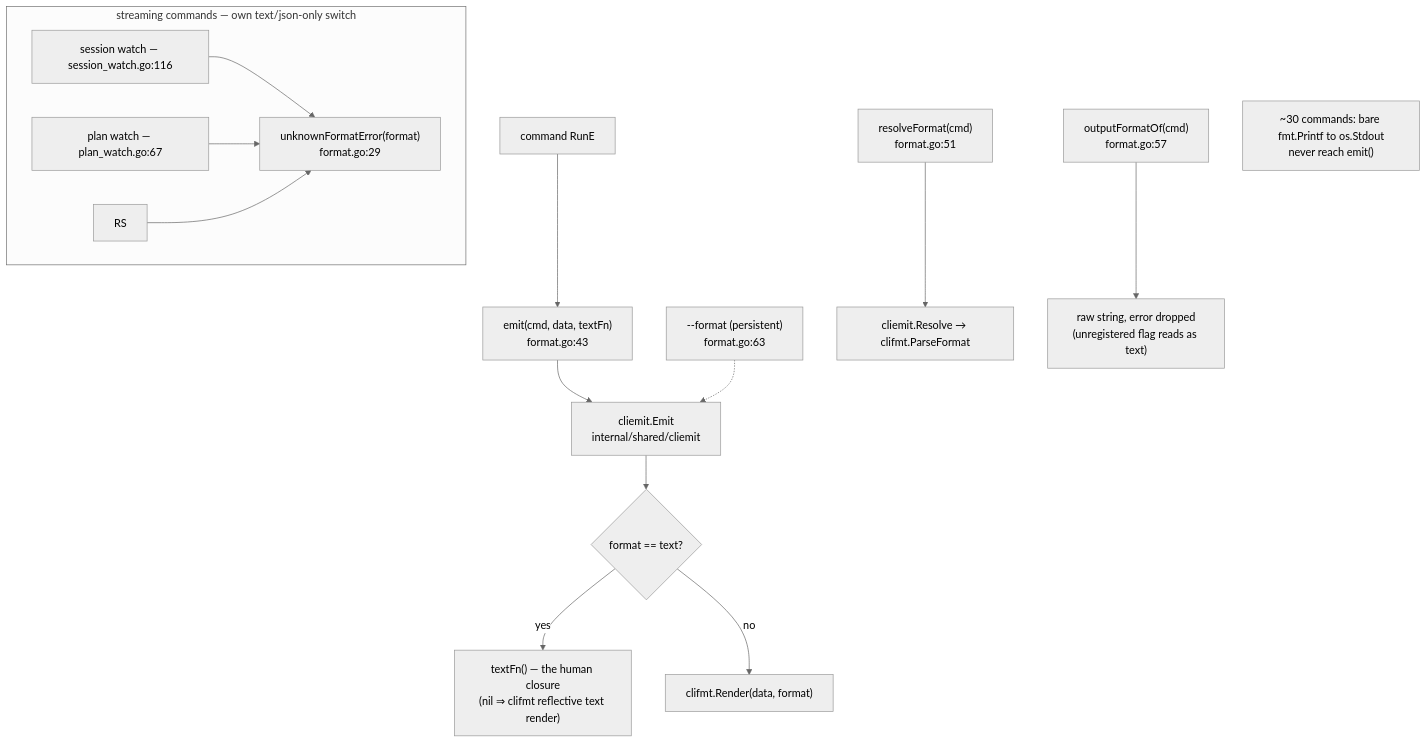
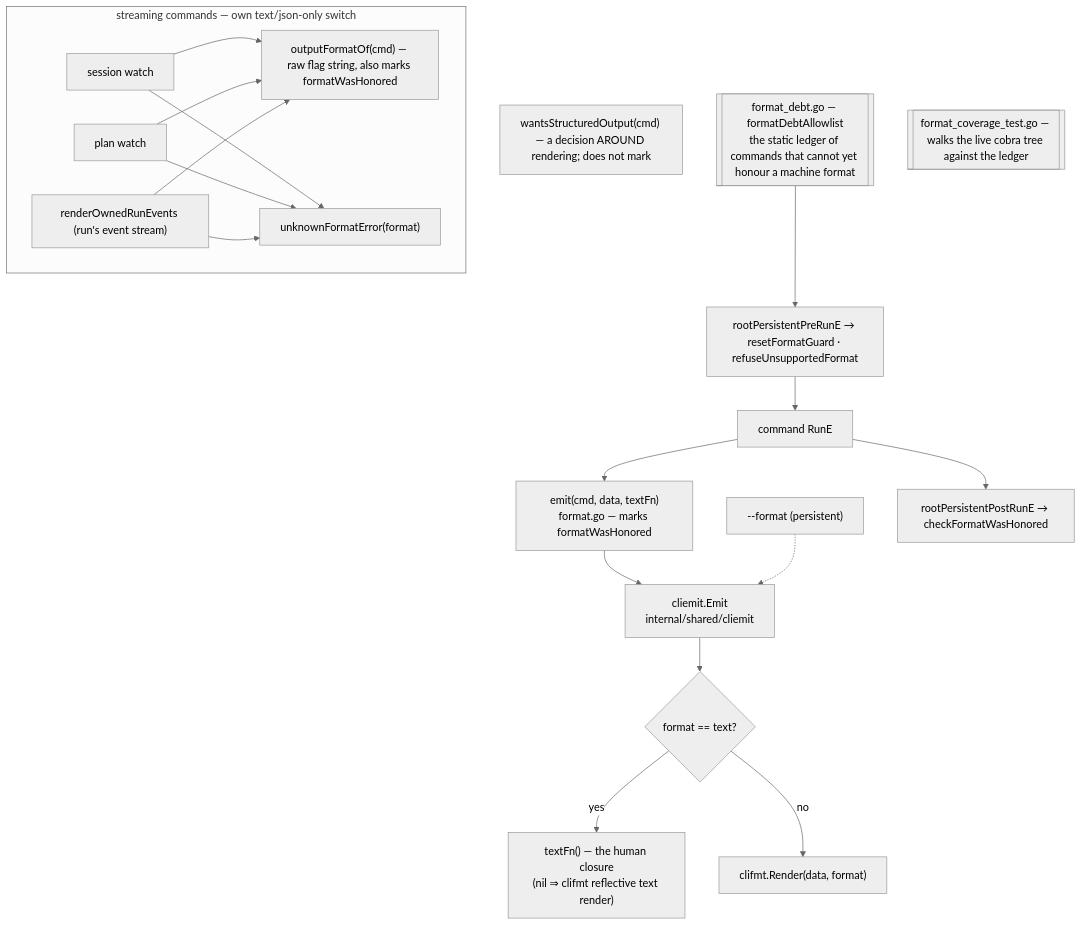
One commit to ctxloom/ctxloom changed the diagram in docs/architecture/cli/output-and-format.md. Above: the diagram before and after it, drawn with Mermaid (neutral theme). The commit also changed other lines of this file, not shown here.

First line of the commit message:
docs(architecture): output-and-format drops its file:line censuses

````diff
--- a/docs/architecture/cli/output-and-format.md
+++ b/docs/architecture/cli/output-and-format.md
@@ -14,24 +15,28 @@
 ```mermaid
 flowchart TD
-    FLAG["--format (persistent)<br/>format.go:63"]
-    RUNE["command RunE"] --> EMIT["emit(cmd, data, textFn)<br/>format.go:43"]
+    FLAG["--format (persistent)"]
+    PRE["rootPersistentPreRunE → resetFormatGuard · refuseUnsupportedFormat"]
+    PRE --> RUNE["command RunE"] --> EMIT["emit(cmd, data, textFn)<br/>format.go — marks formatWasHonored"]
     EMIT --> CE["cliemit.Emit<br/>internal/shared/cliemit"]
     CE --> Q{"format == text?"}
     Q -->|yes| TXT["textFn() — the human closure<br/>(nil ⇒ clifmt reflective text render)"]
     Q -->|no| REN["clifmt.Render(data, format)"]
     FLAG -.-> CE
+    RUNE --> POST["rootPersistentPostRunE → checkFormatWasHonored"]
 
-    RF["resolveFormat(cmd)<br/>format.go:51"] --> CR["cliemit.Resolve → clifmt.ParseFormat"]
-    OF["outputFormatOf(cmd)<br/>format.go:57"] --> RAW["raw string, error dropped<br/>(unregistered flag reads as text)"]
+    OF["outputFormatOf(cmd) — raw flag string, also marks formatWasHonored"]
+    WSO["wantsStructuredOutput(cmd) — a decision AROUND rendering; does not mark"]
 
     subgraph streaming["streaming commands — own text/json-only switch"]
-        SW["session watch — session_watch.go:116"]
-        PW["plan watch — plan_watch.go:67"]
-        UFE["unknownFormatError(format)<br/>format.go:29"]
-        SW --> UFE
-        PW --> UFE
-        RS --> UFE
+        SW["session watch"]
+        PW["plan watch"]
+        RO["renderOwnedRunEvents (run's event stream)"]
+        UFE["unknownFormatError(format)"]
+        SW & PW & RO --> UFE
+        SW & PW & RO --> OF
     end
 
-    BYPASS["~30 commands: bare fmt.Printf to os.Stdout<br/>never reach emit()"]
+    LEDGER[["format_debt.go — formatDebtAllowlist<br/>the static ledger of commands that cannot yet honour a machine format"]]
+    LEDGER --> PRE
+    COV[["format_coverage_test.go — walks the live cobra tree against the ledger"]]
 ```
````
